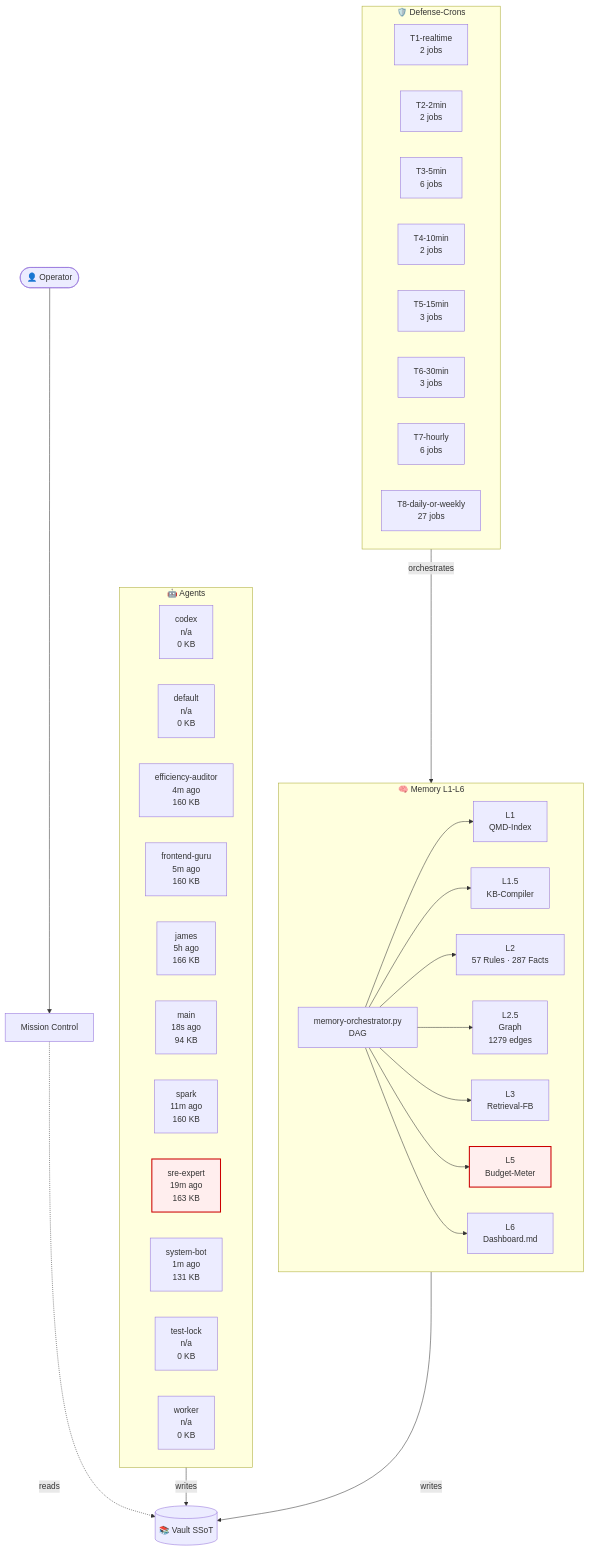
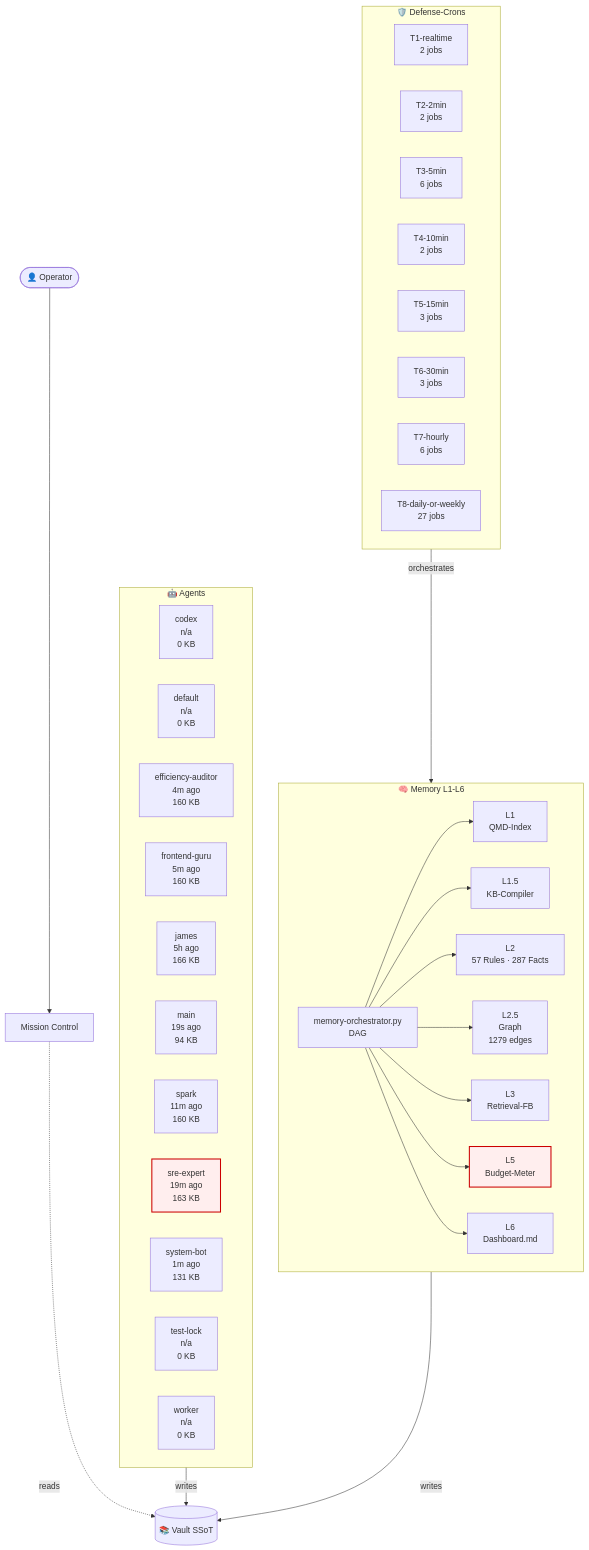
One commit to lenardhuebner88-rgb/openclaw-memory changed the diagram in 03-Agents/architecture-live.md. Above: the diagram before and after it, drawn with Mermaid. The commit also changed other lines of this file and 13 other files, not shown here.

````diff
--- a/03-Agents/architecture-live.md
+++ b/03-Agents/architecture-live.md
@@ -18,54 +18,54 @@
 ```mermaid
 flowchart TB
     classDef critical fill:#fee,stroke:#c00,stroke-width:2px;
     subgraph AGT["🤖 Agents"]
         agent_codex["codex<br/>n/a<br/>0 KB"]
         agent_default["default<br/>n/a<br/>0 KB"]
         agent_efficiency_auditor["efficiency-auditor<br/>4m ago<br/>160 KB"]
         agent_frontend_guru["frontend-guru<br/>5m ago<br/>160 KB"]
         agent_james["james<br/>5h ago<br/>166 KB"]
-        agent_main["main<br/>18s ago<br/>94 KB"]
+        agent_main["main<br/>19s ago<br/>94 KB"]
         agent_spark["spark<br/>11m ago<br/>160 KB"]
         agent_sre_expert["sre-expert<br/>19m ago<br/>163 KB"]
         agent_system_bot["system-bot<br/>1m ago<br/>131 KB"]
         agent_test_lock["test-lock<br/>n/a<br/>0 KB"]
         agent_worker["worker<br/>n/a<br/>0 KB"]
     end
     subgraph MEM["🧠 Memory L1-L6"]
         L1["L1<br/>QMD-Index"]
         L15["L1.5<br/>KB-Compiler"]
         L2["L2<br/>57 Rules · 287 Facts"]
         L25["L2.5<br/>Graph<br/>1279 edges"]
         L3["L3<br/>Retrieval-FB"]
         L5["L5<br/>Budget-Meter"]
         L6["L6<br/>Dashboard.md"]
         ORCH["memory-orchestrator.py<br/>DAG"]
     end
     subgraph CRN["🛡️ Defense-Crons"]
         tier_T1_realtime["T1-realtime<br/>2 jobs"]
         tier_T2_2min["T2-2min<br/>2 jobs"]
         tier_T3_5min["T3-5min<br/>6 jobs"]
         tier_T4_10min["T4-10min<br/>2 jobs"]
         tier_T5_15min["T5-15min<br/>3 jobs"]
         tier_T6_30min["T6-30min<br/>3 jobs"]
         tier_T7_hourly["T7-hourly<br/>6 jobs"]
         tier_T8_daily_or_weekly["T8-daily-or-weekly<br/>27 jobs"]
     end
     VAULT[("📚 Vault SSoT")]
     OP([👤 Operator])
     MC["Mission Control"]
     OP --> MC
     MC -.reads.-> VAULT
     AGT -->|writes| VAULT
     MEM -->|writes| VAULT
     ORCH --> L1
     ORCH --> L15
     ORCH --> L2
     ORCH --> L25
     ORCH --> L3
     ORCH --> L5
     ORCH --> L6
     CRN -->|orchestrates| MEM
     class L5 critical
     class agent_sre_expert critical
 ```
````
